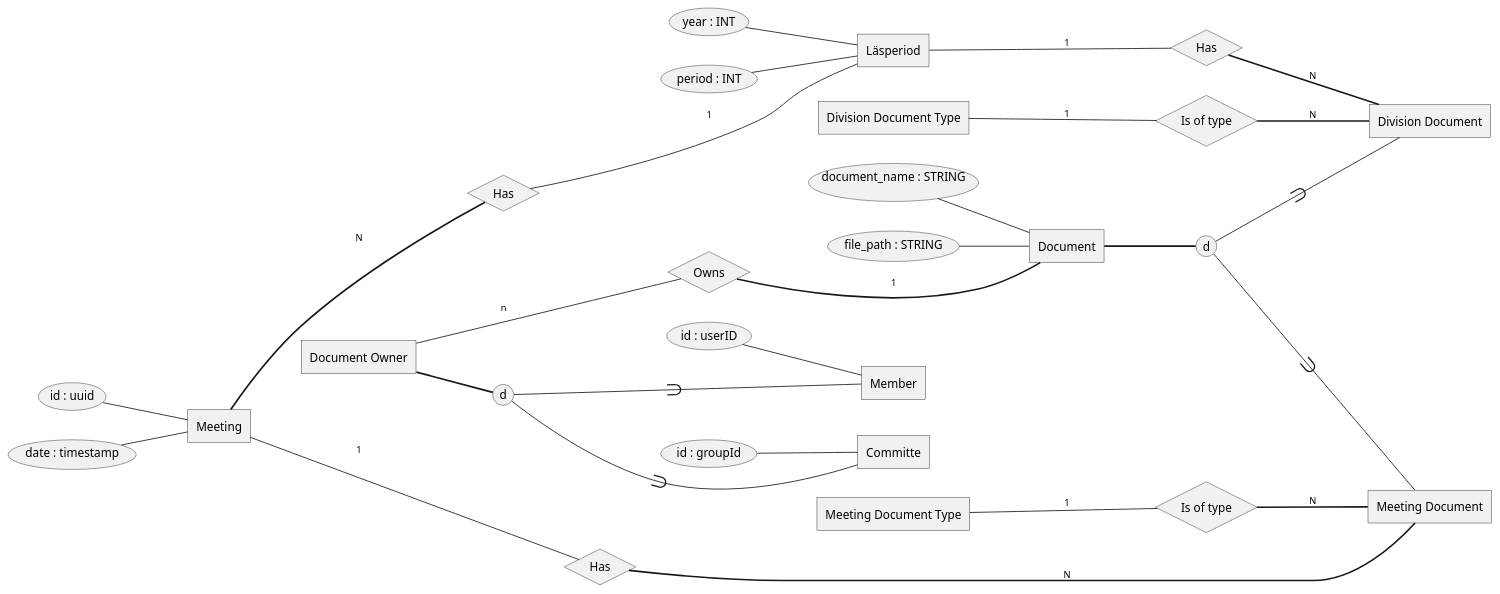
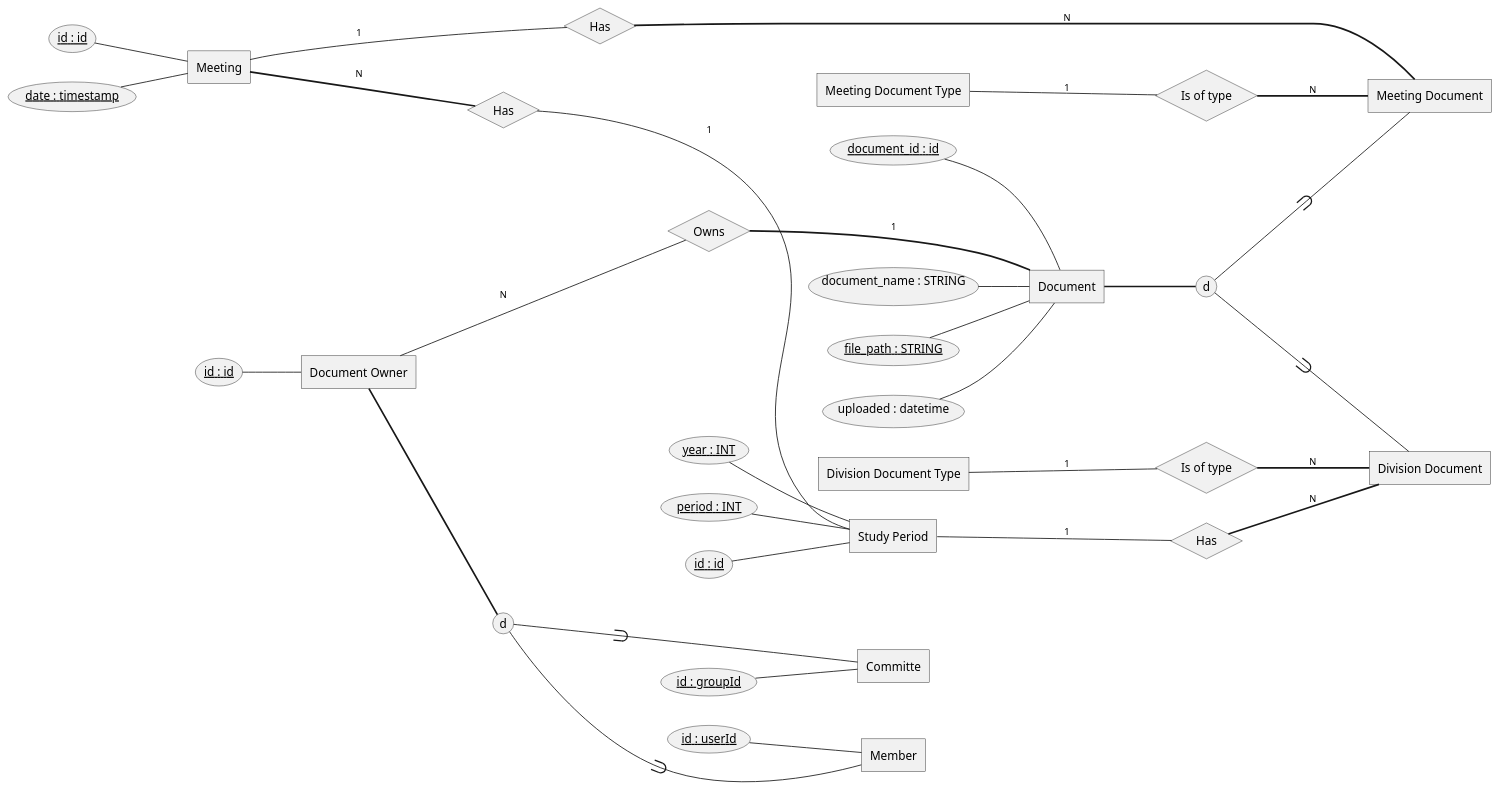
Before and after one commit to cthit/SummIT: the diagram in documentation/er.puml, drawn with PlantUML. The commit also changed 6 other files, not shown here.

```diff
--- a/documentation/er.puml
+++ b/documentation/er.puml
@@ -1,91 +1,95 @@
 @startchen data_base_diagram
 left to right direction
 
 entity "Document" as Doc {
+    document_id : id <<key>>
     document_name : STRING
-    file_path : STRING
+    file_path : STRING <<key>>
+    uploaded : datetime
 }
 
 entity "Division Document" as DivisionDoc {
 
 }
 
 entity "Division Document Type" as DivisionDocType {
 
 }
 
 entity "Meeting Document" as MeetingDoc {
 
 }
 
 entity "Meeting Document Type" as MeetingDocType {
 
 }
 
-entity "Committe" as Committe {
-    id : groupId
+entity "Committe" as Committee {
+    id : groupId <<key>>
 }
 
 entity "Member" as Member {
-    id : userID
+    id : userId <<key>>
 }
 
 entity "Document Owner" as DocOwner{
+    id : id <<key>>
 
 }
 
 relationship "Owns" as DocOwnerOwnsDoc {
 
 }
 
-DocOwner -n- DocOwnerOwnsDoc
+DocOwner -N- DocOwnerOwnsDoc
 DocOwnerOwnsDoc =1= Doc
-DocOwner =>= d {Committe, Member}
+DocOwner =>= d {Committee, Member}
 
-entity "Läsperiod" as StudyPeriod {
-    year : INT
-    period : INT
+entity "Study Period" as StudyPeriod {
+    year : INT <<key>>
+    period : INT <<key>>
+    id : id <<key>>
 }
 
 entity "Meeting" as Meeting {
-    id : uuid
-    date : timestamp
+    id : id <<key>>
+    date : timestamp <<key>>
 }
 
 relationship "Has" as StudyPeriodHasMeeting {
 }
 
 Meeting =N= StudyPeriodHasMeeting
 StudyPeriodHasMeeting -1- StudyPeriod
 
 Doc =>= d {DivisionDoc, MeetingDoc}
 
 relationship "Has" as StudyPeriodHasDivisionDoc {
 
 }
 
 StudyPeriod -1- StudyPeriodHasDivisionDoc
 StudyPeriodHasDivisionDoc =N= DivisionDoc
 
 relationship "Has" as MeetingHasMeetingDoc {
 
 }
 
 Meeting -1- MeetingHasMeetingDoc
 MeetingHasMeetingDoc =N= MeetingDoc
 
 relationship "Is of type" as DivOfType {
 
 }
 
 relationship "Is of type" as MeetOfType {
     
 }
 
 DivisionDocType -1- DivOfType
 DivOfType =N= DivisionDoc
 
 MeetingDocType -1- MeetOfType
 MeetOfType =N= MeetingDoc
 
 @endchen
```
